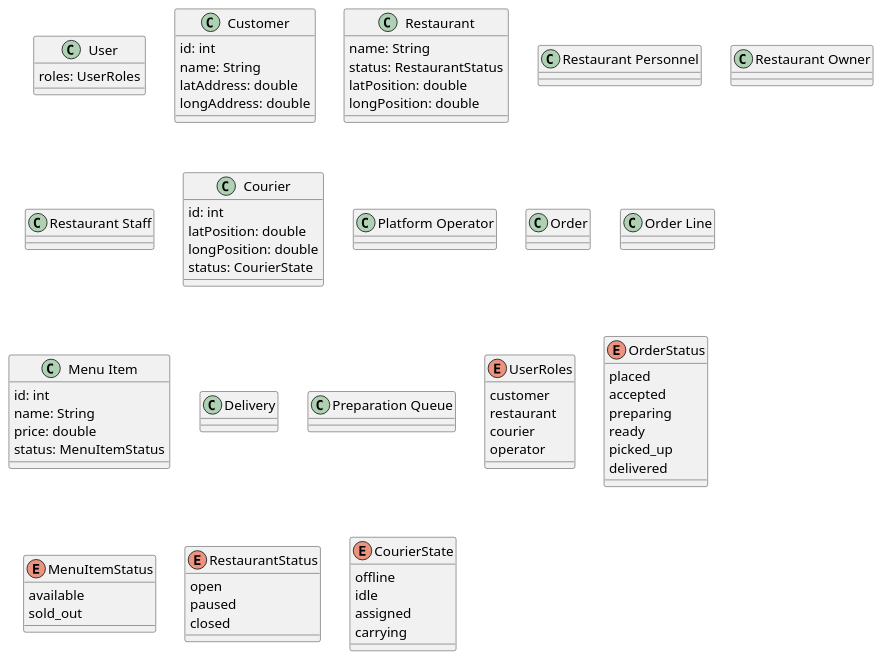
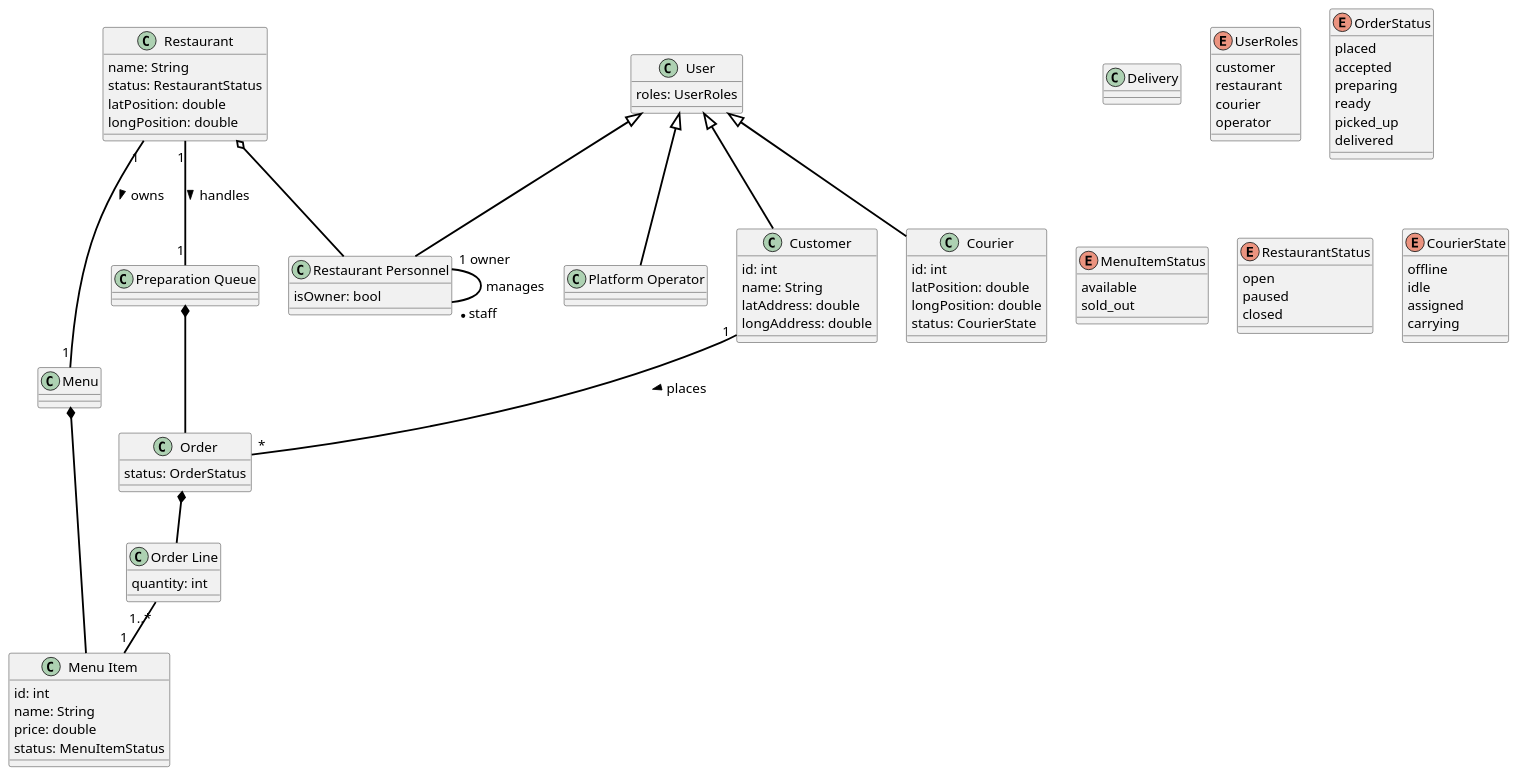
The diagram in diagrams/domainModel.puml (MonishKD/HelloWorldprint_HI), drawn with PlantUML before and after one commit.

Commit message:
A few relationships added in Domain Model

```diff
--- a/diagrams/domainModel.puml
+++ b/diagrams/domainModel.puml
@@ -1,121 +1,145 @@
 @startuml Domain Model 
 skinparam DefaultFontName Arial
 skinparam DefaultFontSize 16
 skinparam DefaultFontStyle bold
 skinparam ArrowThickness 2.2
 skinparam ArrowColor #black
 
 class "User" as User {
     roles: UserRoles
 }
 
 'id could be GUID so TBD??'
 'TBC if lat/long are double'
 class "Customer" as Customer {
     id: int
     name: String
     latAddress: double
     longAddress: double
 }
 
 'TBC if lat/long are double'
 'menu: ?? could be another class that connects to Menu Item'
 class "Restaurant" as Restaurant {
     name: String
     status: RestaurantStatus
     latPosition: double
     longPosition: double
 }
 
 class "Restaurant Personnel" as RestPers {
-
-}
-
-class "Restaurant Owner" as RestOw {
-
-}
-
-class "Restaurant Staff" as RestStaff{
-
+    isOwner: bool
 }
 
 'id could be GUID so TBD??'
 'TBC if lat/long are double'
 class "Courier" as Courier {
     id: int
     latPosition: double
     longPosition: double
     status: CourierState
 }
 
 class "Platform Operator" as PlatOp {
 
 }
 
-'Could be association class between Customer and Restaurant, or Menu or Menu Item'
 class "Order" as Order {
-
+    status: OrderStatus
 }
 
 'One Menu item and qty'
 class "Order Line" as OrderLine {
+    quantity: int
+}
+
+class "Menu" as Menu {
 
 }
 
 'id could be a string/int mix like GUID so TBD??'
 class "Menu Item" as MenuItem {
     id: int
     name: String
     price: double
     status: MenuItemStatus
 }
 
 class "Delivery" as Delivery {
 
 }
 
-'TBC if it's a class'
+
 class "Preparation Queue" as PQ {
 
 }
-'Note to self: Assignment (Order to Courier) and Handoff (Restaurant to Courier) : relationship names??'
+
+'---------- List of associations/relationships -----------'
+User <|-- Courier
+User <|-- Customer
+User <|-- PlatOp
+User <|-- RestPers
+Restaurant o- RestPers
+RestPers "1 owner" -- "* staff" RestPers: "manages"
+
+PQ *-- Order
+Order *--  OrderLine 
+OrderLine "1..*" -- "1" MenuItem
+Customer "1" -- "*" Order: "places >"
+Restaurant "1" -- "1" PQ: "handles >"
+
+Restaurant "1" -- "1" Menu : "owns >"
+Menu *-- MenuItem
+
+' Courier "1" -- "0..1" Order : Is-assigned >
+
+
+'Handoff??'
+
+
+' (Customer, Restaurant) .. Order
+
+
+
+
+
 
 
 
 '-----List of possible enum classes: capitalize them??-------'
 enum "UserRoles" as UserRoles {
     customer
     restaurant
     courier
     operator
 }
 
 enum "OrderStatus" as OrderStatus {
     placed
     accepted
     preparing
     ready
     picked_up
     delivered
 }
 
 'Or we can create a boolean attribute in Menu Item, or derived based on qty'
 enum "MenuItemStatus" as MenuItemStatus {
     available
     sold_out
 }
 
 enum "RestaurantStatus" as RestaurantStatus {
     open
     paused
     closed
 }
 
 enum "CourierState" as CourierState {
     offline
     idle
     assigned
     carrying
 }
 
 @enduml
```
